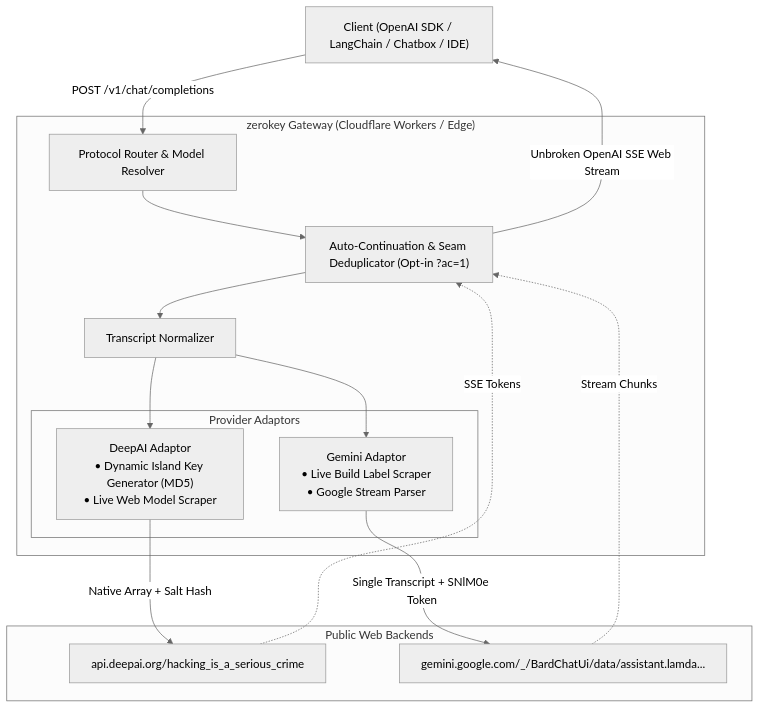
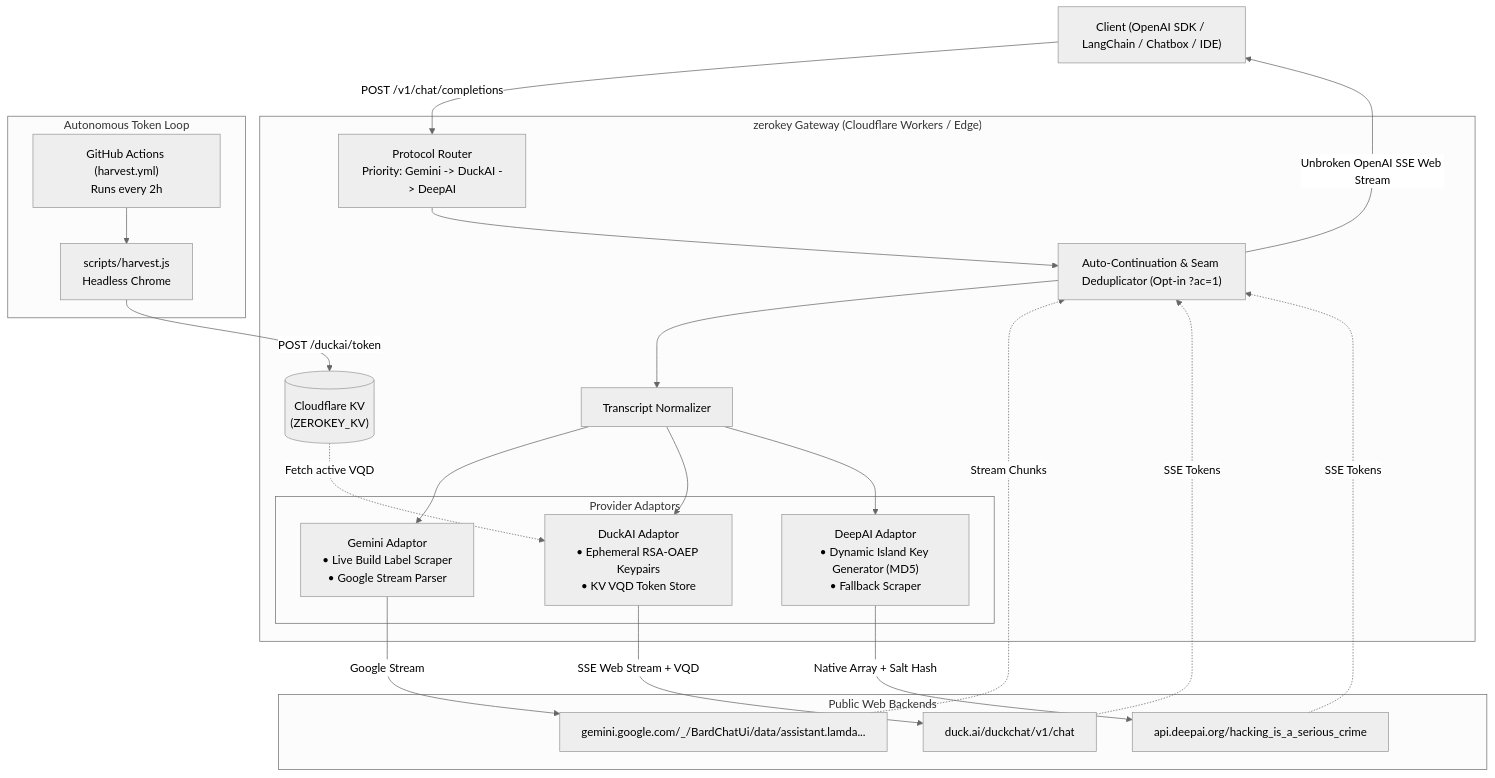
The first of 2 diagrams in README.md (hauvuyawi-lab/zerokey), drawn with Mermaid (neutral theme) before and after one commit. The commit also changed other lines of this file and 13 other files, not shown here.

Commit message:
add duckai provider with dynamic priority routing and token harvesting

````diff
--- a/README.md
+++ b/README.md
@@ -23,31 +23,45 @@
 ```mermaid
 flowchart TD
     Client["Client (OpenAI SDK / LangChain / Chatbox / IDE)"]
     
     subgraph Gateway ["zerokey Gateway (Cloudflare Workers / Edge)"]
-        Router["Protocol Router & Model Resolver"]
+        Router["Protocol Router<br/>Priority: Gemini -> DuckAI -> DeepAI"]
         AutoContinue["Auto-Continuation & Seam Deduplicator (Opt-in ?ac=1)"]
         Normalizer["Transcript Normalizer"]
+        KV[("Cloudflare KV<br/>(ZEROKEY_KV)")]
         
         subgraph Providers ["Provider Adaptors"]
-            DeepAI["DeepAI Adaptor<br/>• Dynamic Island Key Generator (MD5)<br/>• Live Web Model Scraper"]
             Gemini["Gemini Adaptor<br/>• Live Build Label Scraper<br/>• Google Stream Parser"]
+            DuckAI["DuckAI Adaptor<br/>• Ephemeral RSA-OAEP Keypairs<br/>• KV VQD Token Store"]
+            DeepAI["DeepAI Adaptor<br/>• Dynamic Island Key Generator (MD5)<br/>• Fallback Scraper"]
         end
     end
 
     subgraph Upstream ["Public Web Backends"]
+        GoogleBackend["gemini.google.com/_/BardChatUi/data/assistant.lamda..."]
+        DuckBackend["duck.ai/duckchat/v1/chat"]
         DeepAIBackend["api.deepai.org/hacking_is_a_serious_crime"]
-        GoogleBackend["gemini.google.com/_/BardChatUi/data/assistant.lamda..."]
+    end
+
+    subgraph AutonomousHarvest ["Autonomous Token Loop"]
+        GHA["GitHub Actions (harvest.yml)<br/>Runs every 2h"]
+        Harvester["scripts/harvest.js<br/>Headless Chrome"]
+        GHA --> Harvester
+        Harvester -->|POST /duckai/token| KV
     end
 
     Client -->|POST /v1/chat/completions| Router
     Router --> AutoContinue
     AutoContinue --> Normalizer
+    Normalizer --> Gemini
+    Normalizer --> DuckAI
     Normalizer --> DeepAI
-    Normalizer --> Gemini
+    KV -.->|Fetch active VQD| DuckAI
+    Gemini -->|Google Stream| GoogleBackend
+    DuckAI -->|SSE Web Stream + VQD| DuckBackend
     DeepAI -->|Native Array + Salt Hash| DeepAIBackend
-    Gemini -->|Single Transcript + SNlM0e Token| GoogleBackend
+    GoogleBackend -.->|Stream Chunks| AutoContinue
+    DuckBackend -.->|SSE Tokens| AutoContinue
     DeepAIBackend -.->|SSE Tokens| AutoContinue
-    GoogleBackend -.->|Stream Chunks| AutoContinue
     AutoContinue -->|Unbroken OpenAI SSE Web Stream| Client
 ```
````
